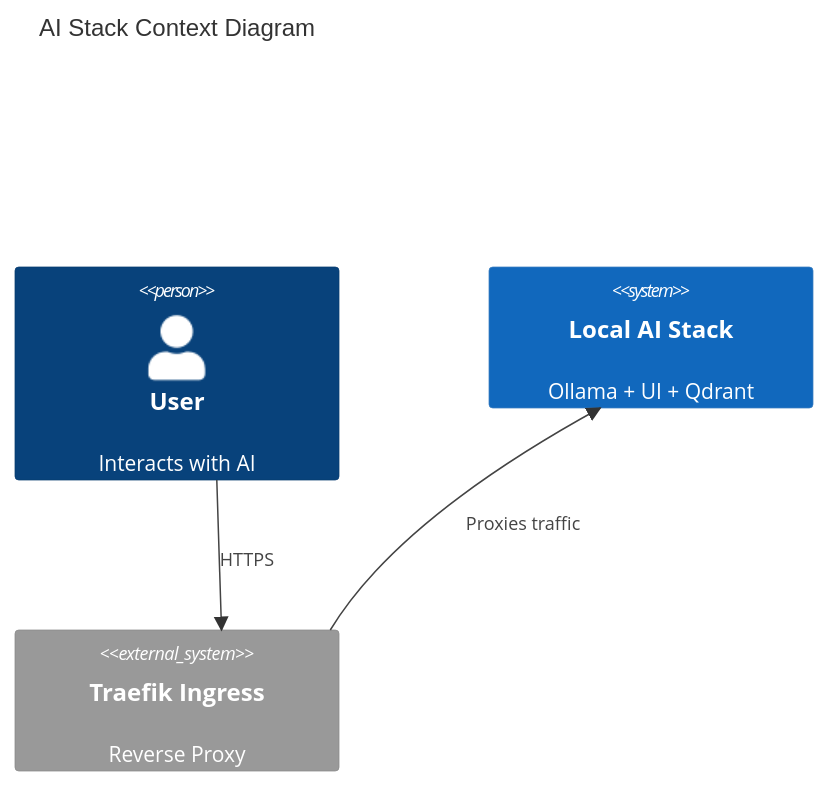
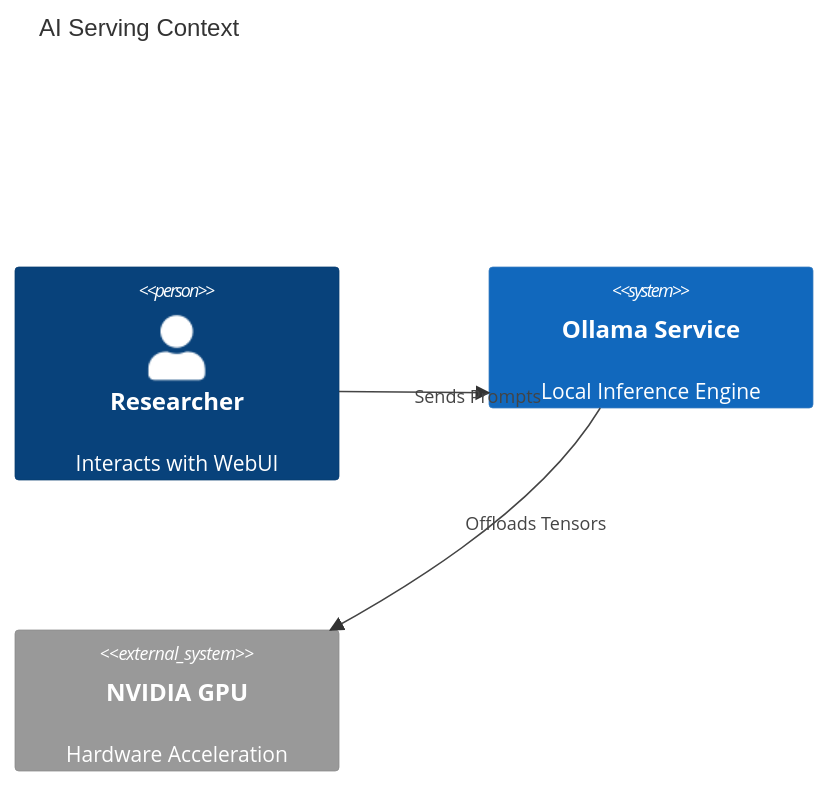
Before and after one commit to buenhyden/hy-home.docker: the diagram in docs/ard/ai-ard.md, drawn with Mermaid. The commit also changed other lines of this file and 25 other files, not shown here.

Commit message:
docs: Add new PRDs for system architecture, observability, messaging, and AI, and update related ARDs, ADRs, and infrastructure specifications.

````diff
--- a/docs/ard/ai-ard.md
+++ b/docs/ard/ai-ard.md
@@ -29,10 +32,10 @@
 ```mermaid
 C4Context
-    title AI Stack Context Diagram
-    Person(user, "User", "Interacts with AI")
-    System(ai, "Local AI Stack", "Ollama + UI + Qdrant")
-    System_Ext(gateway, "Traefik Ingress", "Reverse Proxy")
+    title AI Serving Context
+    Person(user, "Researcher", "Interacts with WebUI")
+    System(ai_serv, "Ollama Service", "Local Inference Engine")
+    System_Ext(host_gpu, "NVIDIA GPU", "Hardware Acceleration")
 
-    Rel(user, gateway, "HTTPS")
-    Rel(gateway, ai, "Proxies traffic")
+    Rel(user, ai_serv, "Sends Prompts")
+    Rel(ai_serv, host_gpu, "Offloads Tensors")
 ```
````
